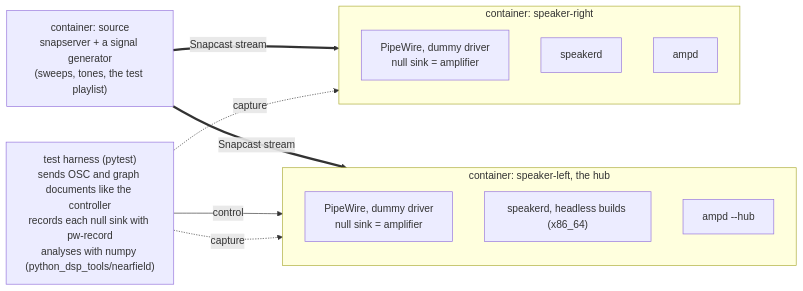
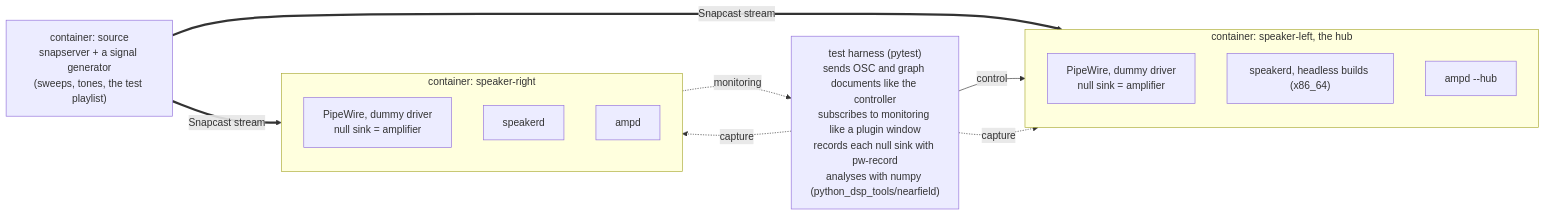
One commit to AMuszkat/bpi_amp_platform changed the second of 6 diagrams in docs/autonomous-development.md. Above: the diagram before and after it, drawn with Mermaid. The commit also changed other lines of this file and 1 other file, not shown here.

First line of the commit message:
Add monitoring from the speakers to the controller

````diff
--- a/docs/autonomous-development.md
+++ b/docs/autonomous-development.md
@@ -36,22 +36,23 @@
 ```mermaid
 flowchart LR
     srv["container: source<br/>snapserver + a signal generator<br/>(sweeps, tones, the test playlist)"]
     subgraph L["container: speaker-left, the hub"]
         direction TB
         pwL["PipeWire, dummy driver<br/>null sink = amplifier"]
         sdL["speakerd, headless builds (x86_64)"]
         amL["ampd --hub"]
     end
     subgraph R["container: speaker-right"]
         direction TB
         pwR["PipeWire, dummy driver<br/>null sink = amplifier"]
         sdR["speakerd"]
         amR["ampd"]
     end
-    harness["test harness (pytest)<br/>sends OSC and graph documents like the controller<br/>records each null sink with pw-record<br/>analyses with numpy (python_dsp_tools/nearfield)"]
+    harness["test harness (pytest)<br/>sends OSC and graph documents like the controller<br/>subscribes to monitoring like a plugin window<br/>records each null sink with pw-record<br/>analyses with numpy (python_dsp_tools/nearfield)"]
     srv == "Snapcast stream" ==> pwL
     srv == "Snapcast stream" ==> pwR
     harness -- "control" --> amL
+    amR -. "monitoring" .-> harness
     harness -. "capture" .-> pwL
     harness -. "capture" .-> pwR
 ```
````
